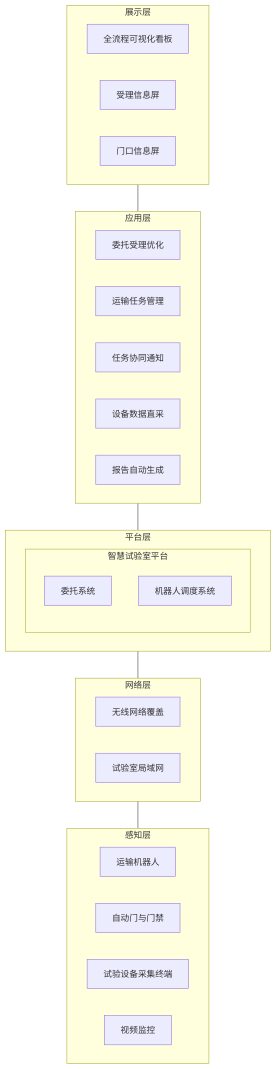
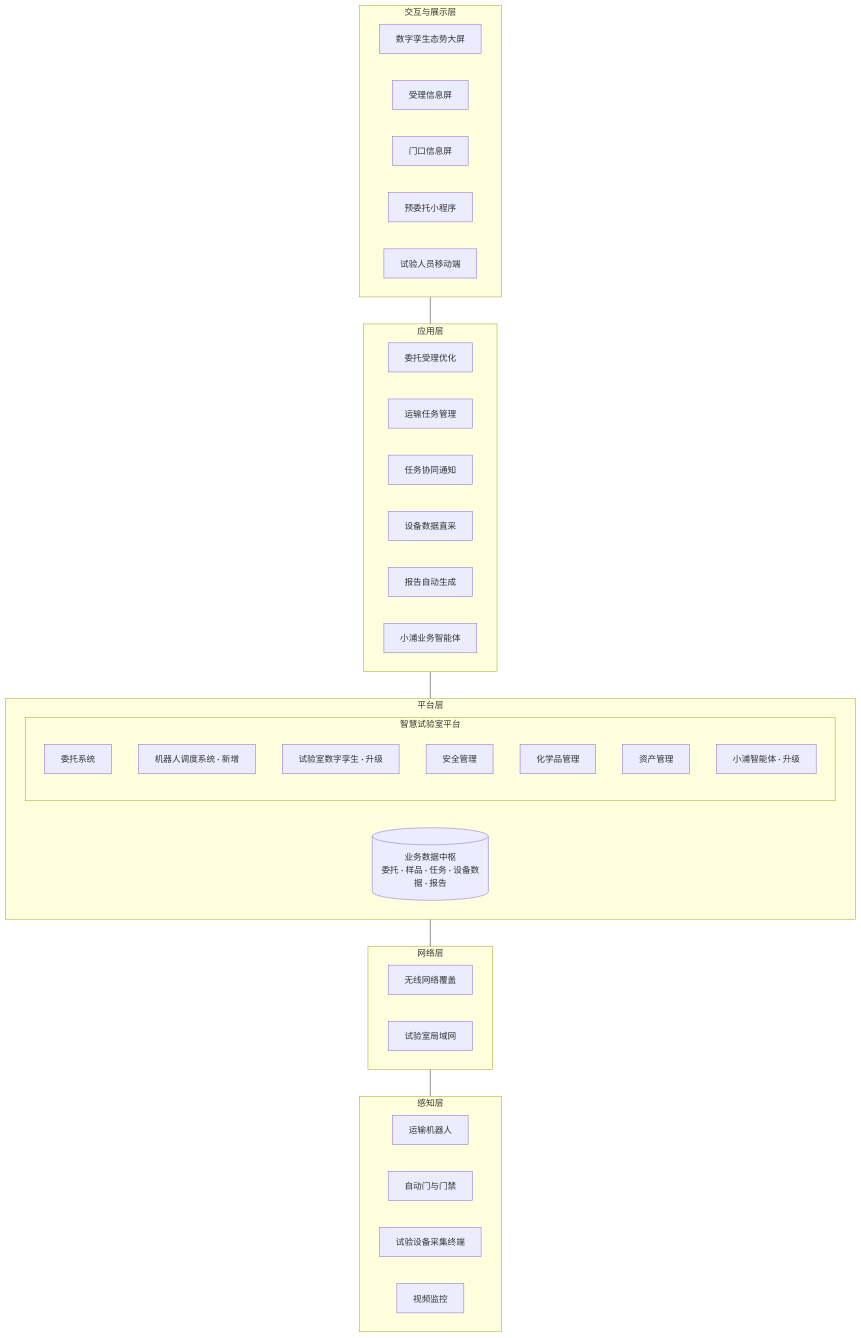
One commit to Mikamuise/Integrity changed the first of 2 diagrams in 浦江/c-浦江网联智慧试验室三期建设方案.md. Above: the diagram before and after it, drawn with Mermaid. The commit also changed other lines of this file, not shown here.

````diff
--- a/浦江/c-浦江网联智慧试验室三期建设方案.md
+++ b/浦江/c-浦江网联智慧试验室三期建设方案.md
@@ -121,32 +129,41 @@
 ```mermaid
 flowchart TB
-    subgraph 展示层
-        S1[全流程可视化看板]
+    subgraph 交互与展示层
+        S1[数字孪生态势大屏]
         S2[受理信息屏]
         S3[门口信息屏]
+        S4[预委托小程序]
+        S5[试验人员移动端]
     end
     subgraph 应用层
         A1[委托受理优化]
         A2[运输任务管理]
         A3[任务协同通知]
         A4[设备数据直采]
         A5[报告自动生成]
+        A6[小浦业务智能体]
     end
     subgraph 平台层
         subgraph P1[智慧试验室平台]
-                 P2[委托系统]
-                 P3[机器人调度系统]
+            P2[委托系统]
+            P3[机器人调度系统 · 新增]
+            P4[试验室数字孪生 · 升级]
+            P5[安全管理]
+            P6[化学品管理]
+            P7[资产管理]
+            P8[小浦智能体 · 升级]
         end
+        D1[(业务数据中枢<br/>委托 · 样品 · 任务 · 设备数据 · 报告)]
     end
     subgraph 网络层
         N1[无线网络覆盖]
         N2[试验室局域网]
     end
     subgraph 感知层
         H1[运输机器人]
         H2[自动门与门禁]
         H3[试验设备采集终端]
         H4[视频监控]
     end
-    展示层 --- 应用层 --- 平台层 --- 网络层 --- 感知层
+    交互与展示层 --- 应用层 --- 平台层 --- 网络层 --- 感知层
 ```
````
